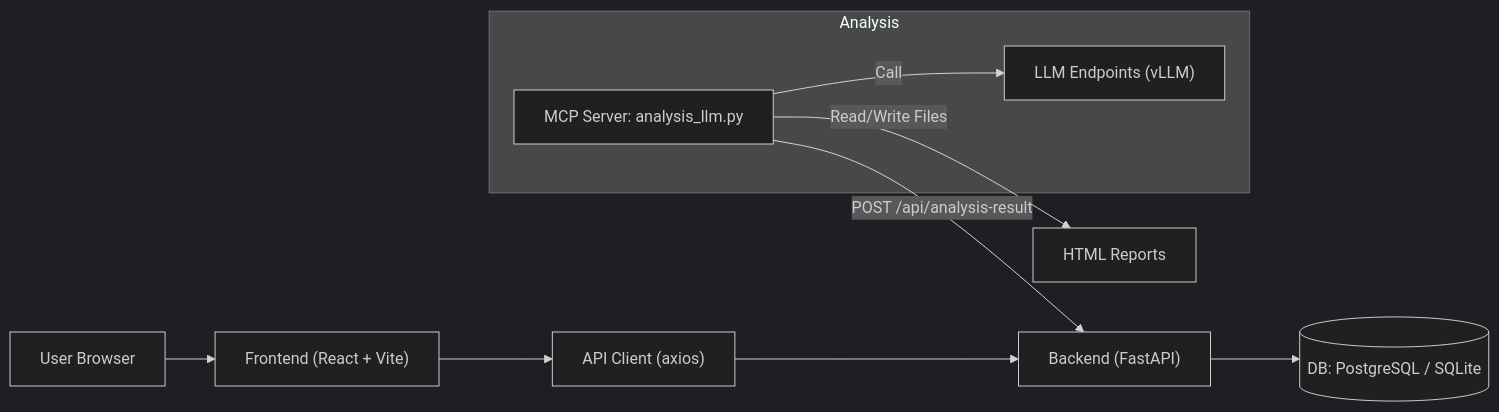
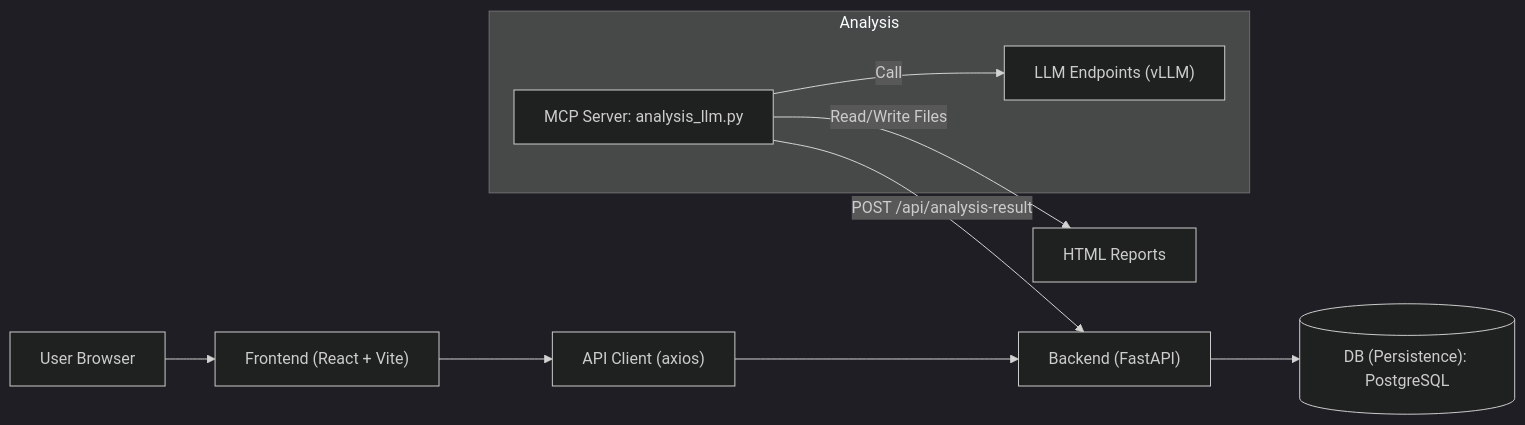
Before and after one commit to Ranponim/0809: the first of 3 diagrams in kpi_dashboard/docs/architecture.md, drawn with Mermaid (dark theme). The commit also changed other lines of this file and 2 other files, not shown here.

````diff
--- a/kpi_dashboard/docs/architecture.md
+++ b/kpi_dashboard/docs/architecture.md
@@ -4,14 +4,14 @@
 ```mermaid
 graph LR
   A["User Browser"] --> B["Frontend (React + Vite)"]
   B --> C["API Client (axios)"]
   C --> D["Backend (FastAPI)"]
-  D --> E[("DB: PostgreSQL / SQLite")]
+  D --> E[("DB (Persistence): PostgreSQL")]
   subgraph Analysis
     F["MCP Server: analysis_llm.py"]
     G["LLM Endpoints (vLLM)"]
   end
   F -- "POST /api/analysis-result" --> D
   F -- "Read/Write Files" --> H["HTML Reports"]
   F -- "Call" --> G
 ```
````
